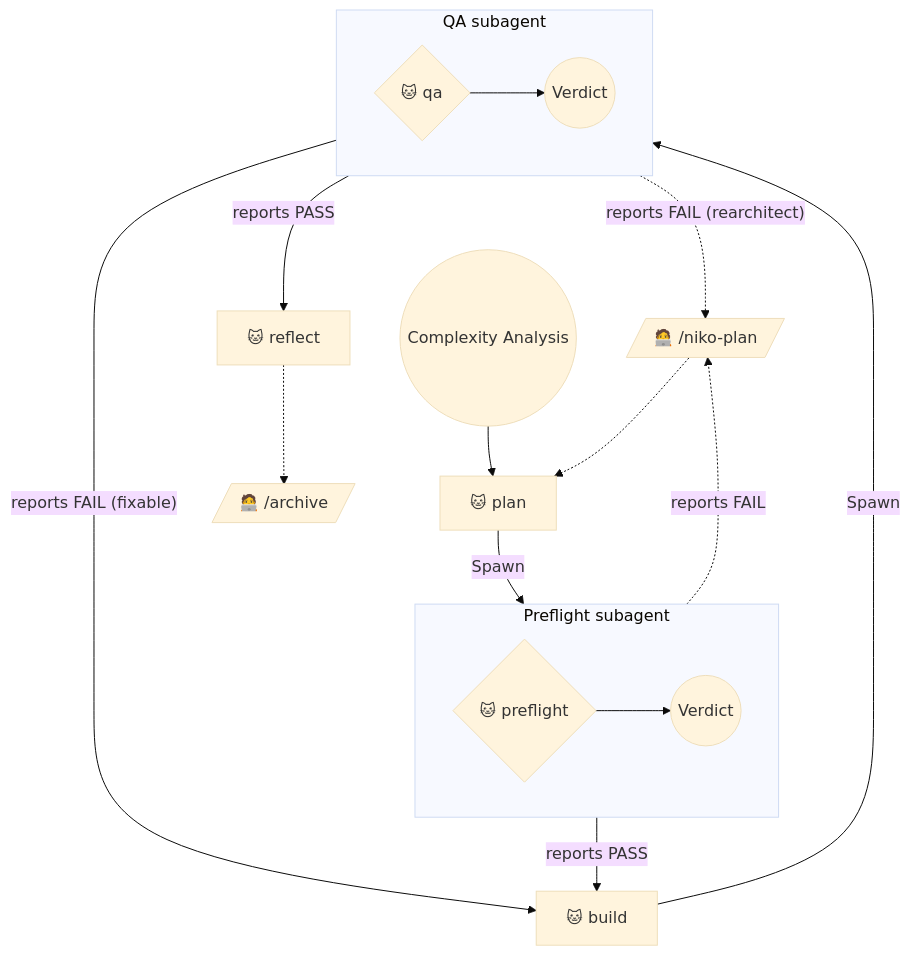
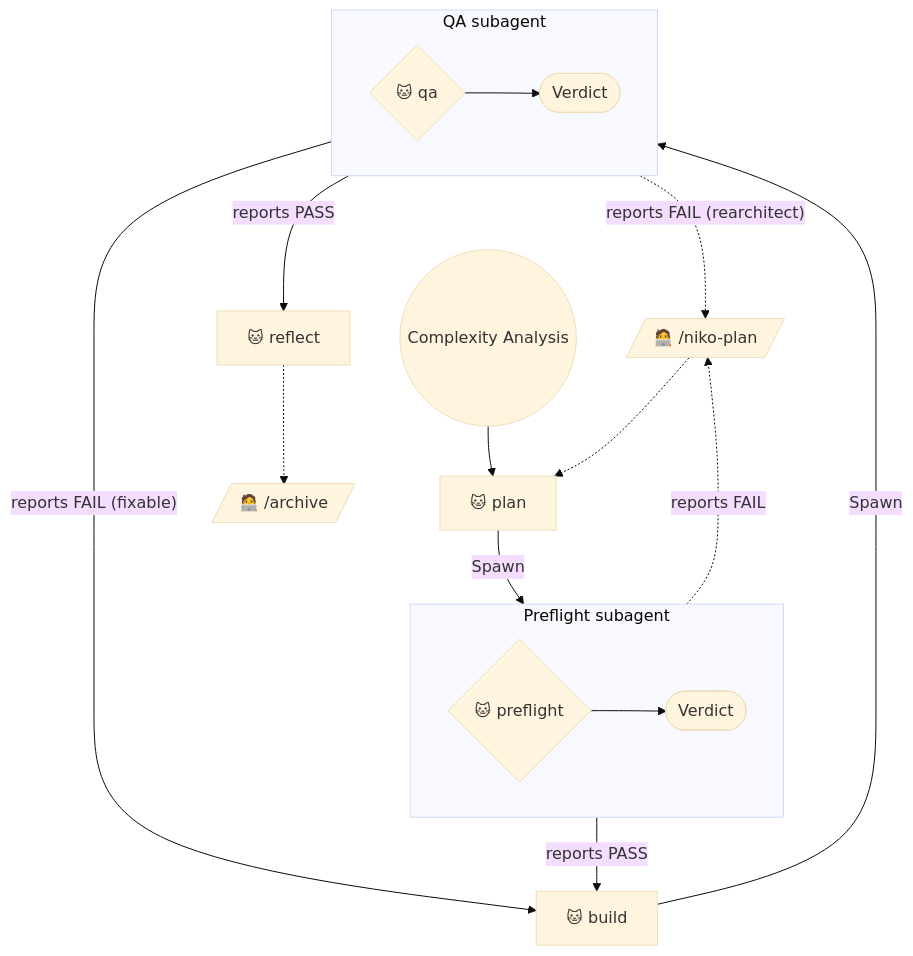
One commit to Texarkanine/.cursor-rules changed the seventh of 11 diagrams in memory-bank/active/creative/creative-l1-verification-diagram.md. Above: the diagram before and after it, drawn with Mermaid (base theme). The commit also changed other lines of this file, not shown here.

Commit message:
chore: stadium Verdict/stop shapes in L1 creative diagrams

````diff
--- a/memory-bank/active/creative/creative-l1-verification-diagram.md
+++ b/memory-bank/active/creative/creative-l1-verification-diagram.md
@@ -186,23 +186,23 @@
 ```mermaid
 graph TD
     Start(("Complexity Analysis")) --> NikoPlan["🐱 plan"]
     NikoPlan --Spawn--> PF
     subgraph PFSA["Preflight subagent"]
         direction LR
-        PF{"🐱 preflight"} --> PFV(("Verdict"))
+        PF{"🐱 preflight"} --> PFV(["Verdict"])
     end
     PFV -->|"reports PASS"| NikoBuild["🐱 build"]
     PFV -.->|"reports FAIL"| ManualPlan[/"🧑‍💻 /niko-plan"/]
 
     NikoBuild --Spawn--> QA
     subgraph QASA["QA subagent"]
         direction LR
-        QA{"🐱 qa"} --> QAV(("Verdict"))
+        QA{"🐱 qa"} --> QAV(["Verdict"])
     end
     QAV -->|"reports PASS"| NikoReflect["🐱 reflect"]
     NikoReflect -.-> ManualArchive[/"🧑‍💻 /archive"/]
     QAV -->|"reports FAIL (fixable)"| NikoBuild
     QAV -.->|"reports FAIL (rearchitect)"| ManualPlan
 
     ManualPlan -.-> NikoPlan
 ```
````
